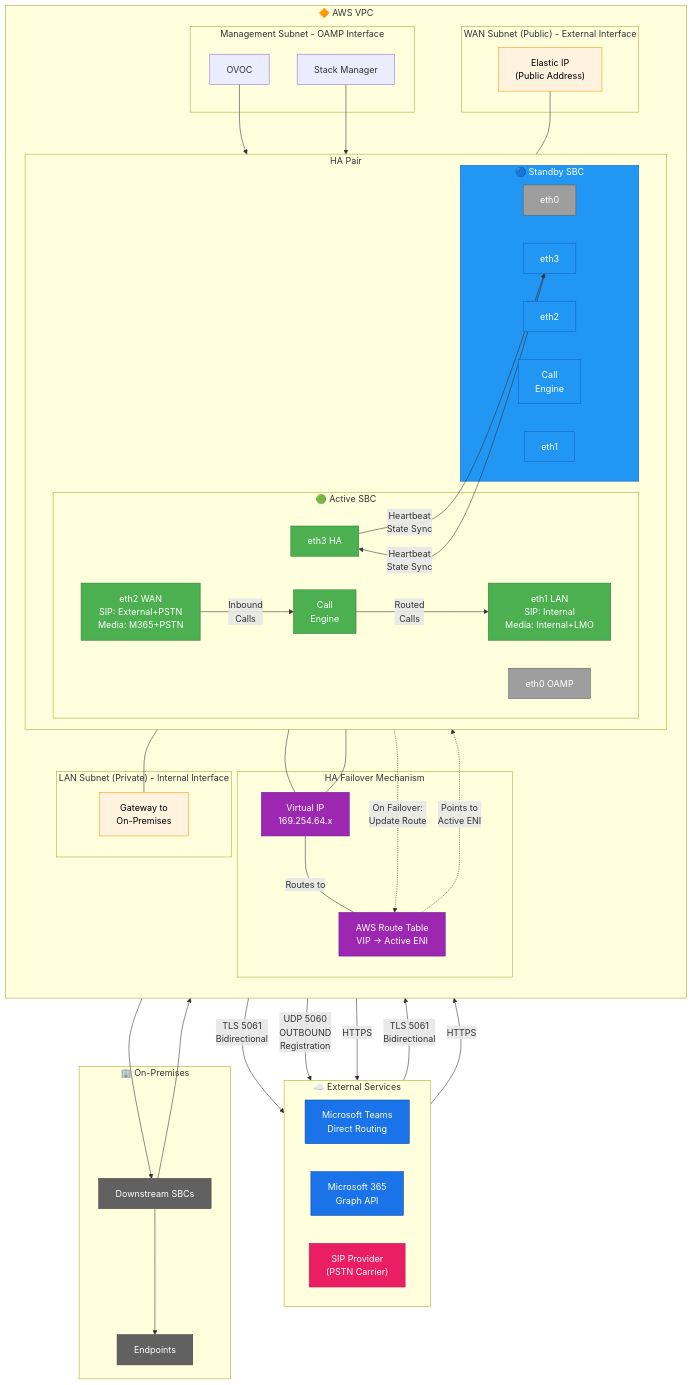
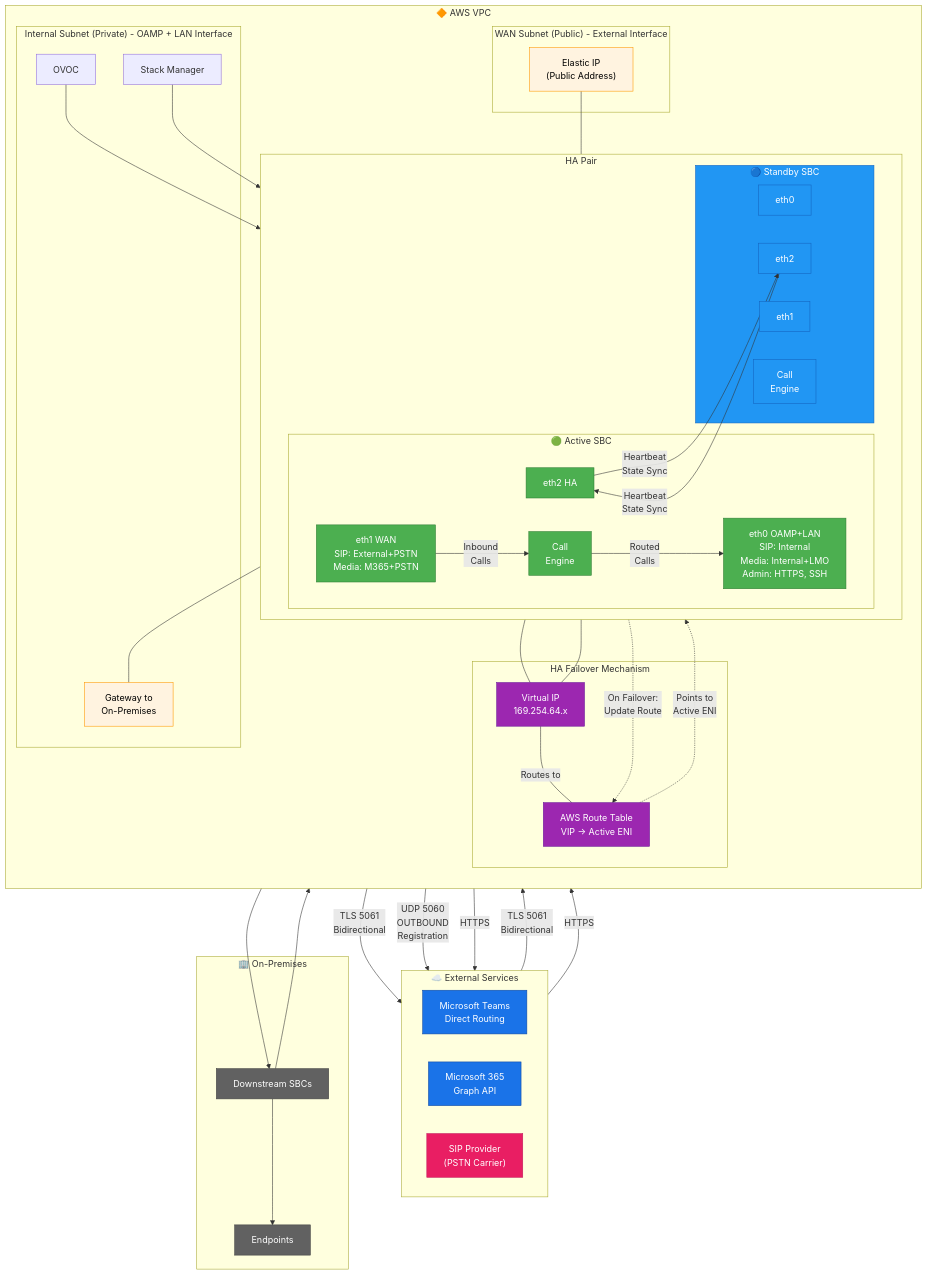
One commit to kevinsing999/public changed diagram 26 of 26 in AudioCodes-AWS-Deployment-Guide.md. Above: the diagram before and after it, drawn with Mermaid. The commit also changed other lines of this file and 53 other files, not shown here.

First line of the commit message:
v2.0: Consolidate OAMP+LAN interfaces, reduce PSTN ports, add firewall docs

```diff
--- a/AudioCodes-AWS-Deployment-Guide.md
+++ b/AudioCodes-AWS-Deployment-Guide.md
@@ -4273,18 +4284,16 @@
         subgraph HAPair["HA Pair"]
             direction LR
             subgraph Active["🟢 Active SBC"]
-                A_MGMT["eth0 OAMP"]
-                A_WAN["eth2 WAN<br/>SIP: External+PSTN<br/>Media: M365+PSTN"]
+                A_LAN["eth0 OAMP+LAN<br/>SIP: Internal<br/>Media: Internal+LMO<br/>Admin: HTTPS, SSH"]
+                A_WAN["eth1 WAN<br/>SIP: External+PSTN<br/>Media: M365+PSTN"]
                 A_Core["Call<br/>Engine"]
-                A_LAN["eth1 LAN<br/>SIP: Internal<br/>Media: Internal+LMO"]
-                A_HA["eth3 HA"]
+                A_HA["eth2 HA"]
             end
             subgraph Stand["🔵 Standby SBC"]
-                S_MGMT["eth0"]
-                S_WAN["eth2"]
+                S_LAN["eth0"]
+                S_WAN["eth1"]
                 S_Core["Call<br/>Engine"]
-                S_LAN["eth1"]
-                S_HA["eth3"]
+                S_HA["eth2"]
             end
         end
 
@@ -4294,13 +4303,9 @@
             RT["AWS Route Table<br/>VIP → Active ENI"]
         end
 
-        %% LAN Subnet
-        subgraph LANSubnet["LAN Subnet (Private) - Internal Interface"]
+        %% Internal Subnet (combined OAMP + LAN)
+        subgraph LANSubnet["Internal Subnet (Private) - OAMP + LAN Interface"]
             LANgw["Gateway to<br/>On-Premises"]
-        end
-
-        %% Management Subnet
-        subgraph MgmtSubnet["Management Subnet - OAMP Interface"]
             OVOC["OVOC"]
             StackMgr["Stack Manager"]
         end
@@ -4324,8 +4329,8 @@
     %% Management traffic
     M365 -->|"HTTPS"| OVOC
     OVOC -->|"HTTPS"| M365
-    OVOC --> A_MGMT
-    StackMgr --> A_MGMT
+    OVOC --> A_LAN
+    StackMgr --> A_LAN
 
     %% EIP to WAN interface
     EIP --- A_WAN
@@ -4366,7 +4371,6 @@
     class Teams,M365 cloud
     class SIP sip
     class A_WAN,A_Core,A_LAN,A_HA active
-    class A_MGMT,S_MGMT mgmt
     class S_WAN,S_Core,S_LAN,S_HA,Stand standby
     class VIP,RT ha
     class EIP,LANgw subnet
```
